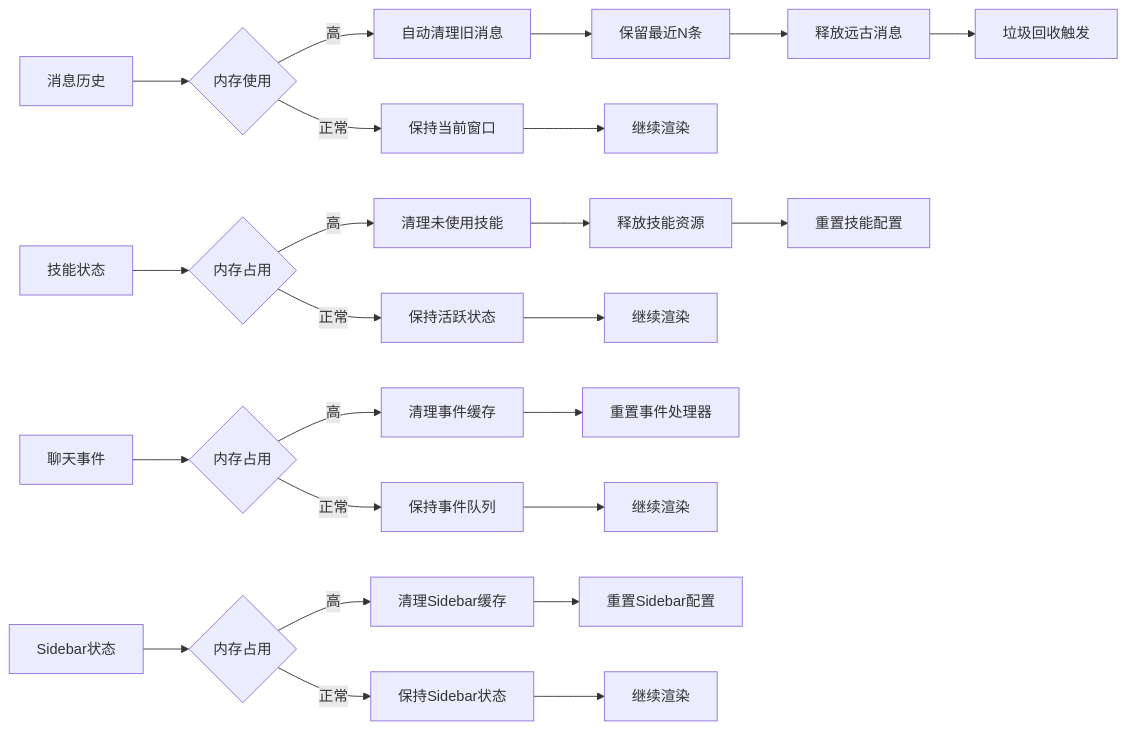
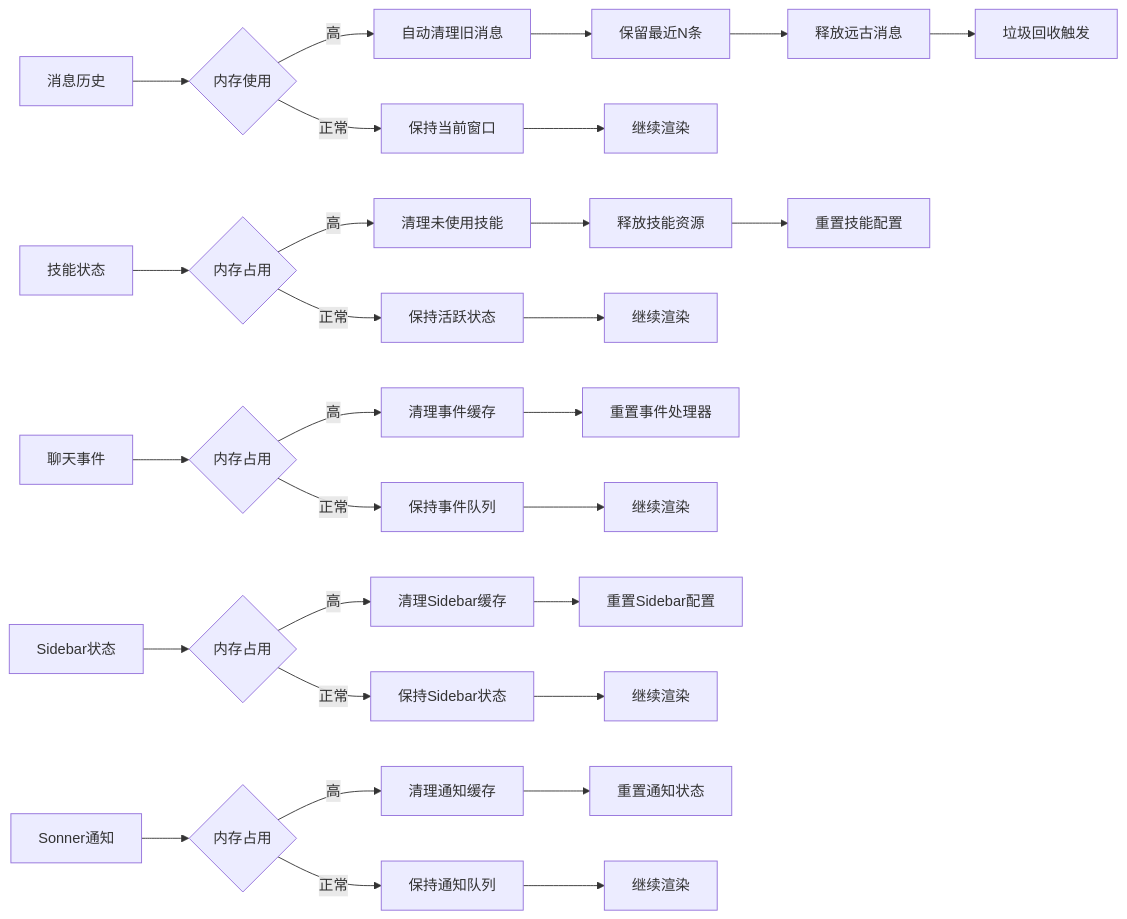
Diagram 24 of 25 in .qoder/repowiki/zh/content/Web界面/UI组件系统/UI组件系统.md (verse-ai-org/openclaw), drawn with Mermaid before and after one commit. The commit also changed other lines of this file and 22 other files, not shown here.

````diff
--- a/.qoder/repowiki/zh/content/Web界面/UI组件系统/UI组件系统.md
+++ b/.qoder/repowiki/zh/content/Web界面/UI组件系统/UI组件系统.md
@@ -1200,26 +1396,31 @@
 ```mermaid
 flowchart LR
 A[消息历史] --> B{内存使用}
 B --> |高| C[自动清理旧消息]
 B --> |正常| D[保持当前窗口]
 C --> E[保留最近N条]
 E --> F[释放远古消息]
 F --> G[垃圾回收触发]
 D --> H[继续渲染]
 I[技能状态] --> J{内存占用}
 J --> |高| K[清理未使用技能]
 J --> |正常| L[保持活跃状态]
 K --> M[释放技能资源]
 M --> N[重置技能配置]
 L --> O[继续渲染]
 P[聊天事件] --> Q{内存占用}
 Q --> |高| R[清理事件缓存]
 Q --> |正常| S[保持事件队列]
 R --> T[重置事件处理器]
 S --> U[继续渲染]
 V[Sidebar状态] --> W{内存占用}
 W --> |高| X[清理Sidebar缓存]
 W --> |正常| Y[保持Sidebar状态]
 X --> Z[重置Sidebar配置]
 Y --> AA[继续渲染]
+BB[Sonner通知] --> CC{内存占用}
+CC --> |高| DD[清理通知缓存]
+CC --> |正常| EE[保持通知队列]
+DD --> FF[重置通知状态]
+EE --> GG[继续渲染]
 ```
````
